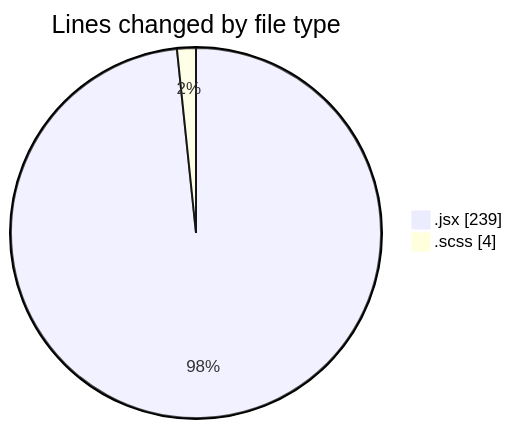
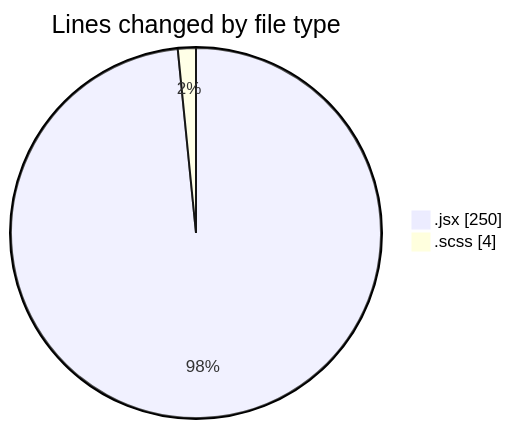
Before and after one commit to momahboobian/code-tracking: the first of 2 diagrams in 2025-06-04/cda/README.md, drawn with Mermaid. The commit also changed other lines of this file and 1 other file, not shown here.

````diff
--- a/2025-06-04/cda/README.md
+++ b/2025-06-04/cda/README.md
@@ -22,6 +22,6 @@
 ```mermaid
 pie showData
 title Lines changed by file type
-".jsx" : 239
+".jsx" : 250
 ".scss" : 4
 ```
````
